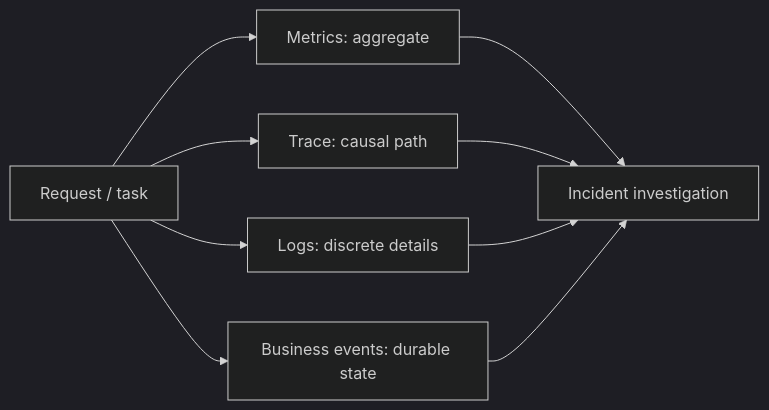
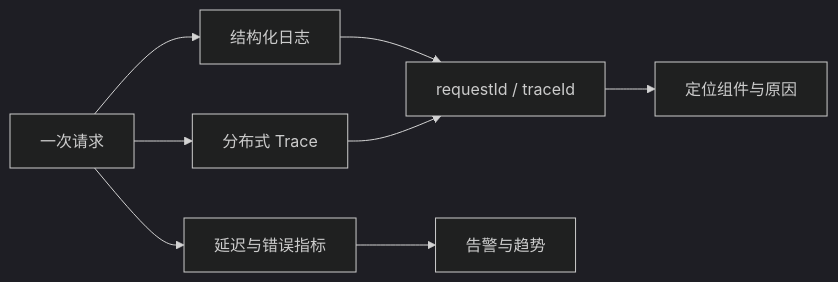
The diagram in docs/devops/observability.md (upJiang/jiang-blog-vitepress), drawn with Mermaid (dark theme) before and after one commit. The commit also changed other lines of this file and 164 other files, not shown here.

````diff
--- a/docs/devops/observability.md
+++ b/docs/devops/observability.md
@@ -31,11 +22,10 @@
 ```mermaid
 flowchart LR
-  E[Request / task] --> M[Metrics: aggregate]
-  E --> T[Trace: causal path]
-  E --> L[Logs: discrete details]
-  E --> B[Business events: durable state]
-  M --> I[Incident investigation]
-  T --> I
-  L --> I
-  B --> I
+  R[一次请求] --> L[结构化日志]
+  R --> M[延迟与错误指标]
+  R --> T[分布式 Trace]
+  L --> C[requestId / traceId]
+  M --> A[告警与趋势]
+  T --> C
+  C --> D[定位组件与原因]
 ```
````
